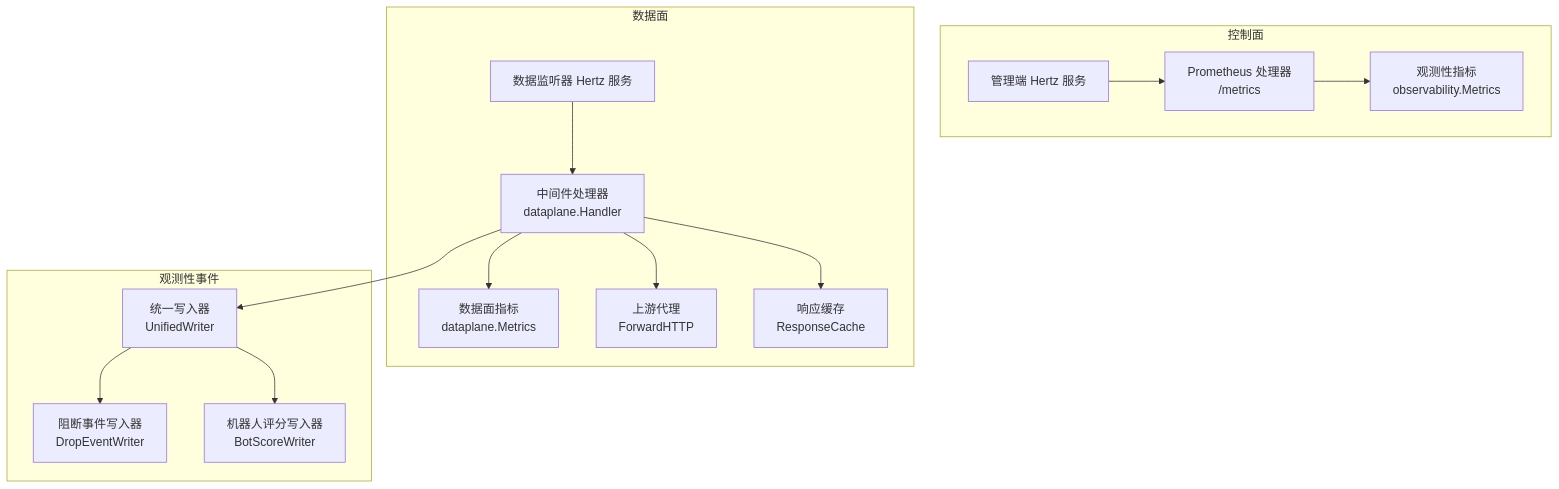
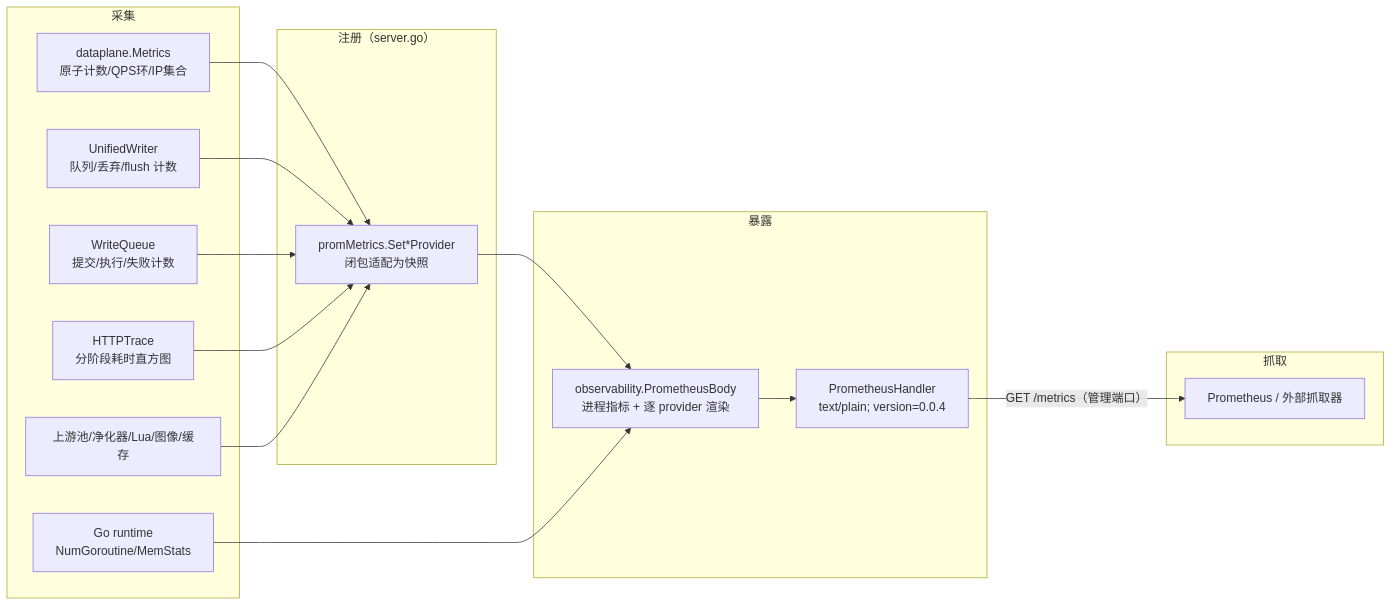
One commit to x01n/My-OpenWaf changed the first of 5 diagrams in docs/监控与可观测性/性能指标收集.md. Above: the diagram before and after it, drawn with Mermaid. The commit also changed other lines of this file and 622 other files, not shown here.

````diff
--- a/docs/监控与可观测性/性能指标收集.md
+++ b/docs/监控与可观测性/性能指标收集.md
@@ -52,29 +52,30 @@
 ```mermaid
-graph TB
-subgraph "控制面"
-Admin["管理端 Hertz 服务"]
-Prom["Prometheus 处理器<br/>/metrics"]
-OM["观测性指标<br/>observability.Metrics"]
+flowchart LR
+subgraph "采集"
+DP["dataplane.Metrics<br/>原子计数/QPS环/IP集合"]
+UW["UnifiedWriter<br/>队列/丢弃/flush 计数"]
+WQ["WriteQueue<br/>提交/执行/失败计数"]
+HT["HTTPTrace<br/>分阶段耗时直方图"]
+RT["Go runtime<br/>NumGoroutine/MemStats"]
+UP["上游池/净化器/Lua/图像/缓存"]
 end
-subgraph "数据面"
-DP["数据监听器 Hertz 服务"]
-MW["中间件处理器<br/>dataplane.Handler"]
-DM["数据面指标<br/>dataplane.Metrics"]
-Proxy["上游代理<br/>ForwardHTTP"]
-Cache["响应缓存<br/>ResponseCache"]
+subgraph "注册（server.go）"
+PR["promMetrics.Set*Provider<br/>闭包适配为快照"]
 end
-subgraph "观测性事件"
-UE["统一写入器<br/>UnifiedWriter"]
-DEW["阻断事件写入器<br/>DropEventWriter"]
-BSW["机器人评分写入器<br/>BotScoreWriter"]
+subgraph "暴露"
+PB["observability.PrometheusBody<br/>进程指标 + 逐 provider 渲染"]
+HS["PrometheusHandler<br/>text/plain; version=0.0.4"]
 end
-Admin --> Prom
-Prom --> OM
-DP --> MW
-MW --> DM
-MW --> Proxy
-MW --> Cache
-MW --> UE
-UE --> DEW
-UE --> BSW
+subgraph "抓取"
+PROM["Prometheus / 外部抓取器"]
+end
+DP --> PR
+UW --> PR
+WQ --> PR
+HT --> PR
+UP --> PR
+PR --> PB
+RT --> PB
+PB --> HS
+HS -->|"GET /metrics（管理端口）"| PROM
 ```
````
